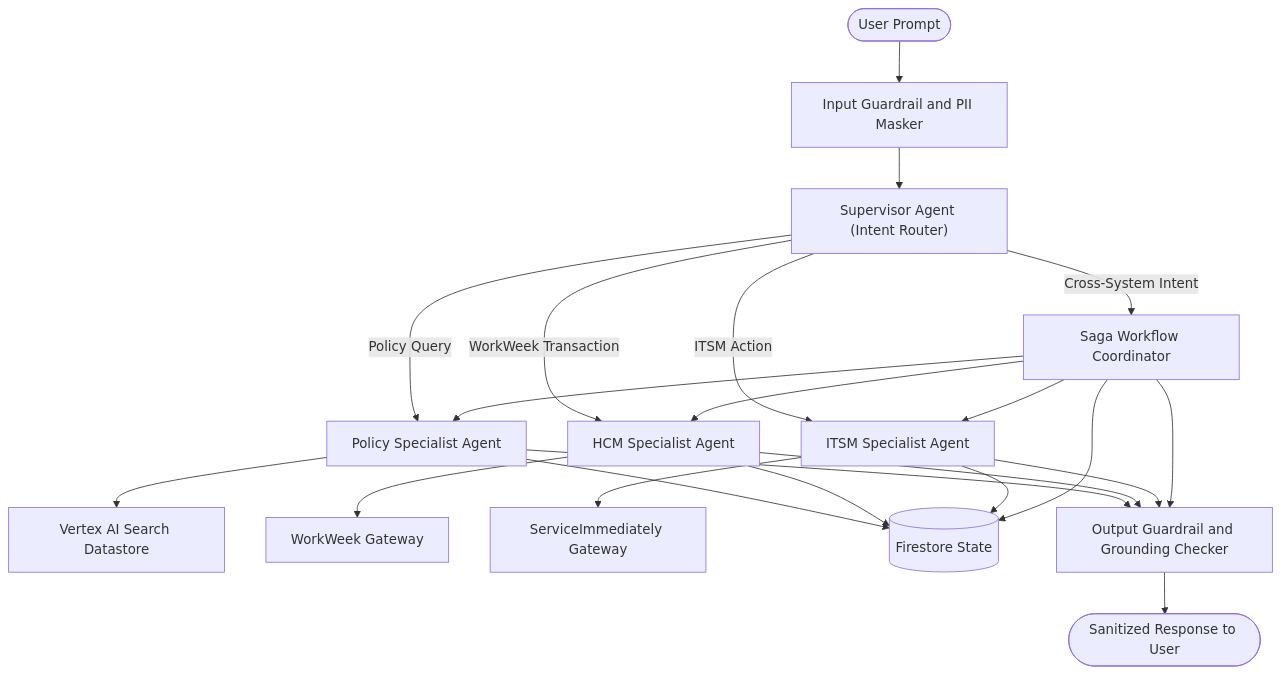
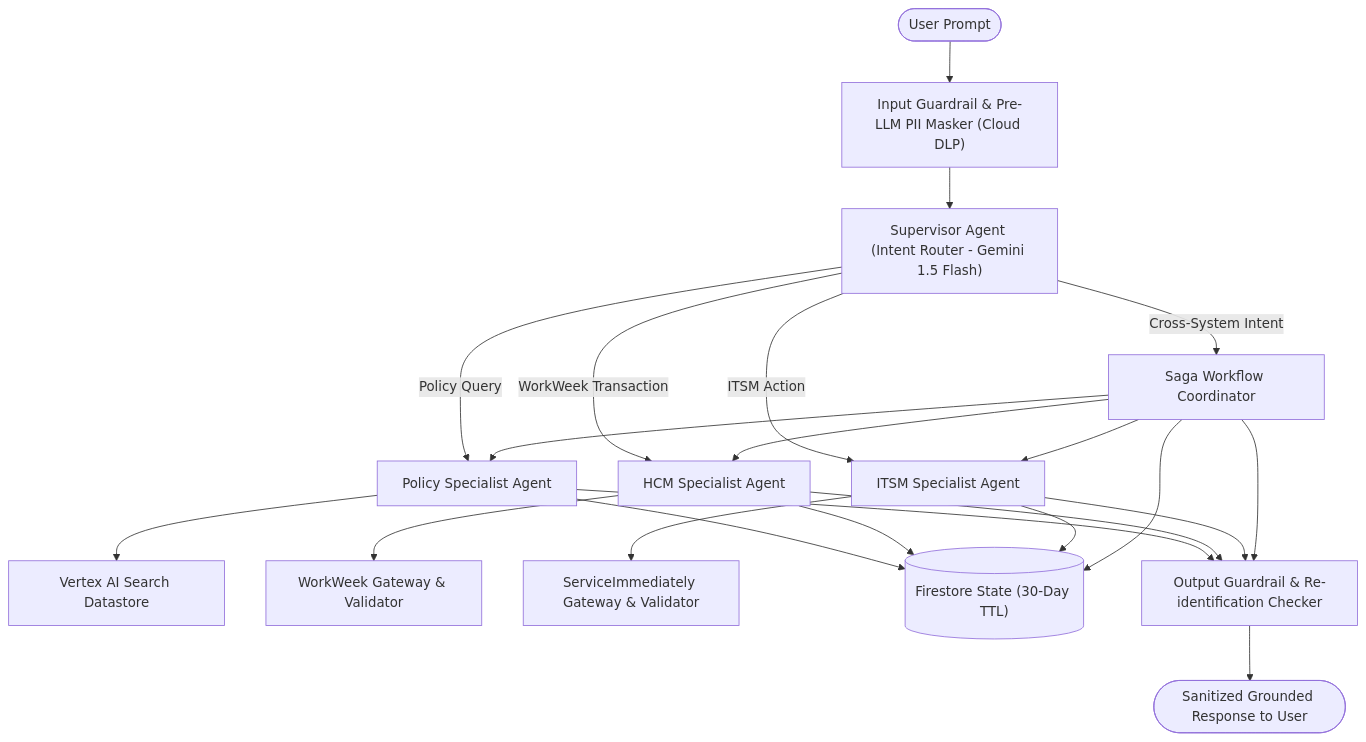
The fourth of 13 diagrams in Enterprise Agentic Solution Design Document - MVP 1.md (randyh0329/PRJ-ELEVATE-C1-G5), drawn with Mermaid before and after one commit. The commit also changed other lines of this file, not shown here.

````diff
--- a/Enterprise Agentic Solution Design Document - MVP 1.md
+++ b/Enterprise Agentic Solution Design Document - MVP 1.md
@@ -145,28 +190,28 @@
 ```mermaid
 graph TD
-    Input(["User Prompt"]) --> SafeIn["Input Guardrail and PII Masker"]
-    SafeIn --> Sup["Supervisor Agent (Intent Router)"]
+    Input(["User Prompt"]) --> SafeIn["Input Guardrail & Pre-LLM PII Masker (Cloud DLP)"]
+    SafeIn --> Sup["Supervisor Agent (Intent Router - Gemini 1.5 Flash)"]
     
     Sup -->|Policy Query| Worker1["Policy Specialist Agent"]
     Sup -->|WorkWeek Transaction| Worker2["HCM Specialist Agent"]
     Sup -->|ITSM Action| Worker3["ITSM Specialist Agent"]
     Sup -->|Cross-System Intent| Worker4["Saga Workflow Coordinator"]
     
     Worker1 --> Tool1["Vertex AI Search Datastore"]
-    Worker2 --> Tool2["WorkWeek Gateway"]
-    Worker3 --> Tool3["ServiceImmediately Gateway"]
+    Worker2 --> Tool2["WorkWeek Gateway & Validator"]
+    Worker3 --> Tool3["ServiceImmediately Gateway & Validator"]
     Worker4 --> Worker1
     Worker4 --> Worker2
     Worker4 --> Worker3
     
-    Worker1 --> StateStore[("Firestore State")]
+    Worker1 --> StateStore[("Firestore State (30-Day TTL)")]
     Worker2 --> StateStore
     Worker3 --> StateStore
     Worker4 --> StateStore
     
-    Worker1 --> SafeOut["Output Guardrail and Grounding Checker"]
+    Worker1 --> SafeOut["Output Guardrail & Re-identification Checker"]
     Worker2 --> SafeOut
     Worker3 --> SafeOut
     Worker4 --> SafeOut
-    SafeOut --> Output(["Sanitized Response to User"])
+    SafeOut --> Output(["Sanitized Grounded Response to User"])
 ```
````
